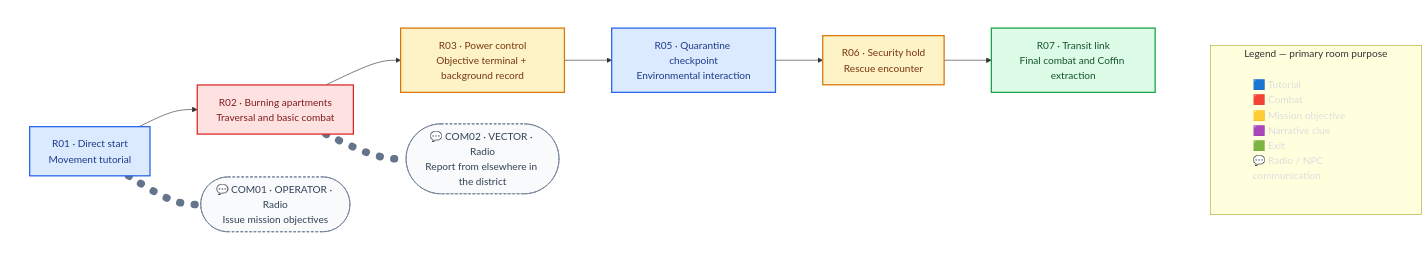
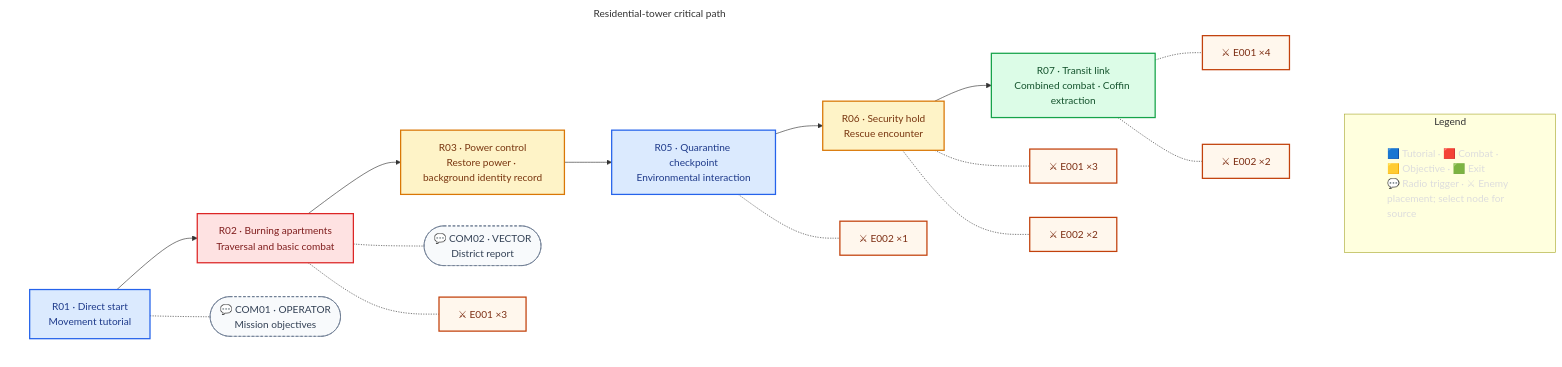
The diagram in missions/m01.md (justgook/imprint-zero), drawn with Mermaid before and after one commit. The commit also changed other lines of this file and 4 other files, not shown here.

Commit message:
🗺️(missions): make M01 graph own threats and visual handoffs

````diff
--- a/missions/m01.md
+++ b/missions/m01.md
@@ -18,38 +20,51 @@
 ```mermaid
 flowchart TB
-    subgraph Legend[Legend — primary room purpose]
-        L["🟦 Tutorial<br/>🟥 Combat<br/>🟨 Mission objective<br/>🟪 Narrative clue<br/>🟩 Exit<br/>💬 Radio / NPC communication"]
+    subgraph Legend[Legend]
+        L["🟦 Tutorial · 🟥 Combat · 🟨 Objective · 🟩 Exit<br/>💬 Radio trigger · ⚔ Enemy placement; select node for source"]
     end
 
-    subgraph Route[ ]
+    subgraph Route[Residential-tower critical path]
         direction LR
-        R01[R01 · Direct start<br/>Movement tutorial] --> R02[R02 · Burning apartments<br/>Traversal and basic combat]
-        R02 --> R03[R03 · Power control<br/>Objective terminal + background record]
-        R03 --> R05[R05 · Quarantine checkpoint<br/>Environmental interaction]
-        R05 --> R06[R06 · Security hold<br/>Rescue encounter]
-        R06 --> R07[R07 · Transit link<br/>Final combat and Coffin extraction]
+        R01["R01 · Direct start<br/>Movement tutorial"] --> R02["R02 · Burning apartments<br/>Traversal and basic combat"]
+        R02 --> R03["R03 · Power control<br/>Restore power · background identity record"]
+        R03 --> R05["R05 · Quarantine checkpoint<br/>Environmental interaction"]
+        R05 --> R06["R06 · Security hold<br/>Rescue encounter"]
+        R06 --> R07["R07 · Transit link<br/>Combined combat · Coffin extraction"]
 
-        R01 -.- COM01(["💬 COM01 · OPERATOR · Radio<br/>Issue mission objectives"])
-        R02 -.- COM02(["💬 COM02 · VECTOR · Radio<br/>Report from elsewhere in the district"])
+        R01 -.- COM01(["💬 COM01 · OPERATOR<br/>Mission objectives"])
+        R02 -.- COM02(["💬 COM02 · VECTOR<br/>District report"])
+
+        R02 -.- R02E001["⚔ E001 ×3"]
+        R05 -.- R05E002["⚔ E002 ×1"]
+        R06 -.- R06E001["⚔ E001 ×3"]
+        R06 -.- R06E002["⚔ E002 ×2"]
+        R07 -.- R07E001["⚔ E001 ×4"]
+        R07 -.- R07E002["⚔ E002 ×2"]
     end
 
     click COM01 href "#/locale/en/dialogue.po?entry=dialogue.m01.com01"
     click COM02 href "#/locale/en/dialogue.po?entry=dialogue.m01.com02"
+    click R02E001 href "#/enemies/e001"
+    click R06E001 href "#/enemies/e001"
+    click R07E001 href "#/enemies/e001"
+    click R05E002 href "#/enemies/e002"
+    click R06E002 href "#/enemies/e002"
+    click R07E002 href "#/enemies/e002"
 
     classDef tutorial fill:#dbeafe,stroke:#2563eb,color:#1e3a8a,stroke-width:2px;
     classDef combat fill:#fee2e2,stroke:#dc2626,color:#7f1d1d,stroke-width:2px;
     classDef objective fill:#fef3c7,stroke:#d97706,color:#78350f,stroke-width:2px;
-    classDef narrative fill:#f3e8ff,stroke:#9333ea,color:#581c87,stroke-width:2px;
     classDef exit fill:#dcfce7,stroke:#16a34a,color:#14532d,stroke-width:2px;
     classDef communication fill:#f8fafc,stroke:#64748b,color:#334155,stroke-width:1px,stroke-dasharray:4 3;
+    classDef enemy fill:#fff7ed,stroke:#c2410c,color:#7c2d12,stroke-width:2px;
     classDef legend fill:none,stroke:none,color:#ddd,text-align:left;
 
     class R01,R05 tutorial;
     class R02 combat;
     class R03,R06 objective;
     class R07 exit;
     class COM01,COM02 communication;
+    class R02E001,R06E001,R07E001,R05E002,R06E002,R07E002 enemy;
     class L legend;
-    linkStyle 5,6 stroke:#64748b,stroke-width:12px,stroke-dasharray:1 22,stroke-linecap:round;
     style Route fill:none,stroke:none;
 ```
````
